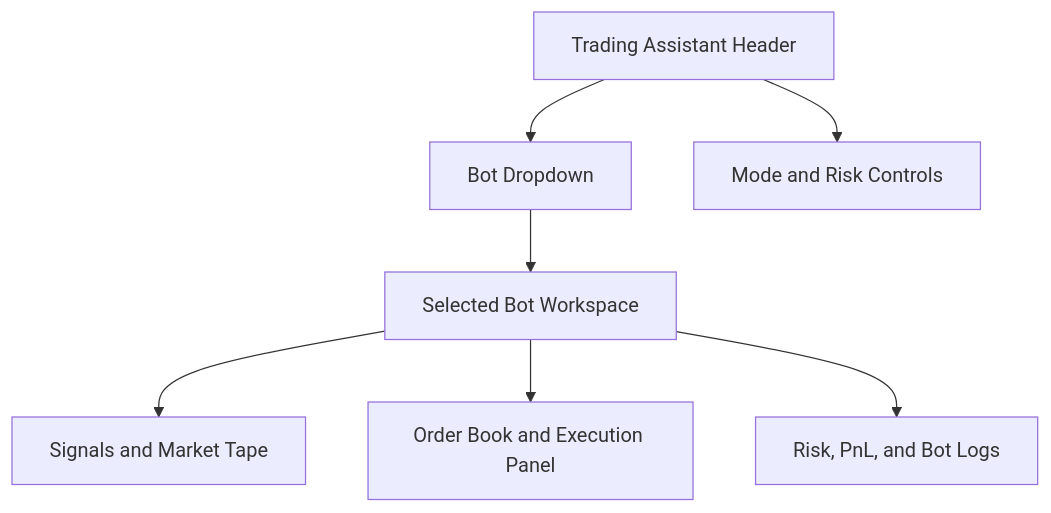
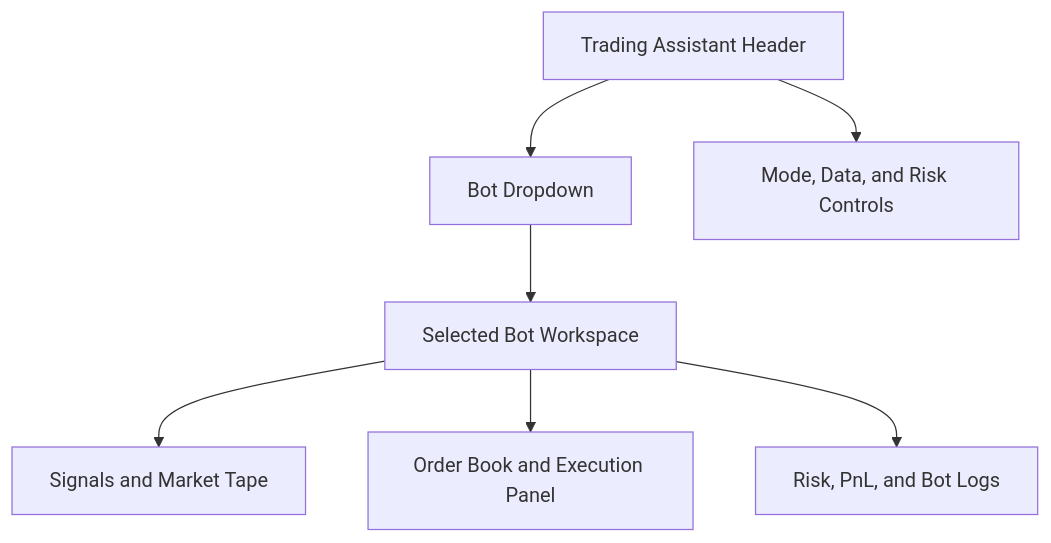
The diagram in docs/roadmaps/trading-bots-master.md (joshualutkemuller/QuantMeridian), drawn with Mermaid before and after one commit. The commit also changed other lines of this file, not shown here.

Commit message:
Update trading bots roadmap with build status

````diff
--- a/docs/roadmaps/trading-bots-master.md
+++ b/docs/roadmaps/trading-bots-master.md
@@ -78,9 +135,9 @@
 ```mermaid
 flowchart TD
   A[Trading Assistant Header] --> B[Bot Dropdown]
-  A --> C[Mode and Risk Controls]
+  A --> C[Mode, Data, and Risk Controls]
   B --> D[Selected Bot Workspace]
   D --> E[Signals and Market Tape]
   D --> F[Order Book and Execution Panel]
   D --> G[Risk, PnL, and Bot Logs]
 ```
````
